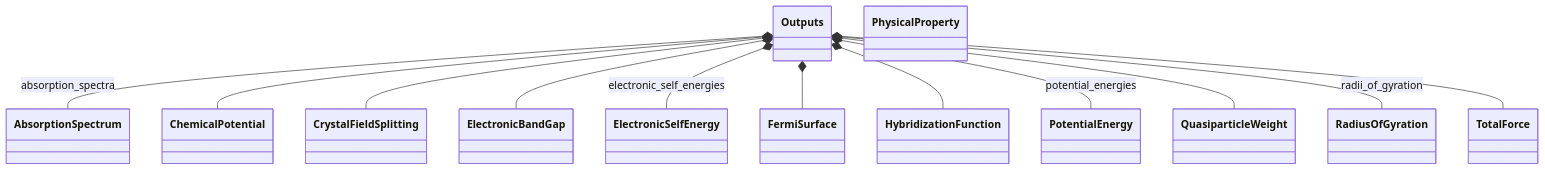
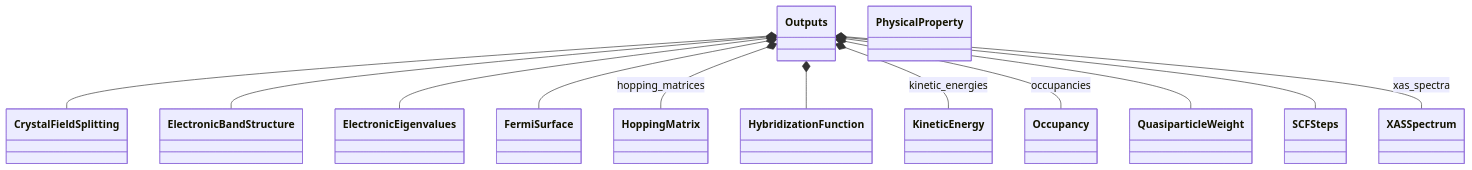
The second of 2 diagrams in docs/schema/outputs.diagram.md (FAIRmat-NFDI/nomad-simulations), drawn with Mermaid before and after one commit. The commit also changed 9 other files, not shown here.

````diff
--- a/docs/schema/outputs.diagram.md
+++ b/docs/schema/outputs.diagram.md
@@ -68,40 +68,40 @@
 ```mermaid
 classDiagram
-    class AbsorptionSpectrum {
-    }
-    class ChemicalPotential {
-    }
     class CrystalFieldSplitting {
     }
-    class ElectronicBandGap {
+    class ElectronicBandStructure {
     }
-    class ElectronicSelfEnergy {
+    class ElectronicEigenvalues {
     }
     class FermiSurface {
     }
+    class HoppingMatrix {
+    }
     class HybridizationFunction {
+    }
+    class KineticEnergy {
+    }
+    class Occupancy {
     }
     class Outputs {
     }
     class PhysicalProperty {
     }
-    class PotentialEnergy {
-    }
     class QuasiparticleWeight {
     }
-    class RadiusOfGyration {
+    class SCFSteps {
     }
-    class TotalForce {
+    class XASSpectrum {
     }
-    Outputs *-- AbsorptionSpectrum : absorption_spectra
-    Outputs *-- ChemicalPotential
     Outputs *-- CrystalFieldSplitting
-    Outputs *-- ElectronicBandGap
-    Outputs *-- ElectronicSelfEnergy : electronic_self_energies
+    Outputs *-- ElectronicBandStructure
+    Outputs *-- ElectronicEigenvalues
     Outputs *-- FermiSurface
+    Outputs *-- HoppingMatrix : hopping_matrices
     Outputs *-- HybridizationFunction
-    Outputs *-- PotentialEnergy : potential_energies
+    Outputs *-- KineticEnergy : kinetic_energies
+    Outputs *-- Occupancy : occupancies
     Outputs *-- QuasiparticleWeight
-    Outputs *-- RadiusOfGyration : radii_of_gyration
-    Outputs *-- TotalForce
+    Outputs *-- SCFSteps
+    Outputs *-- XASSpectrum : xas_spectra
 ```
````
